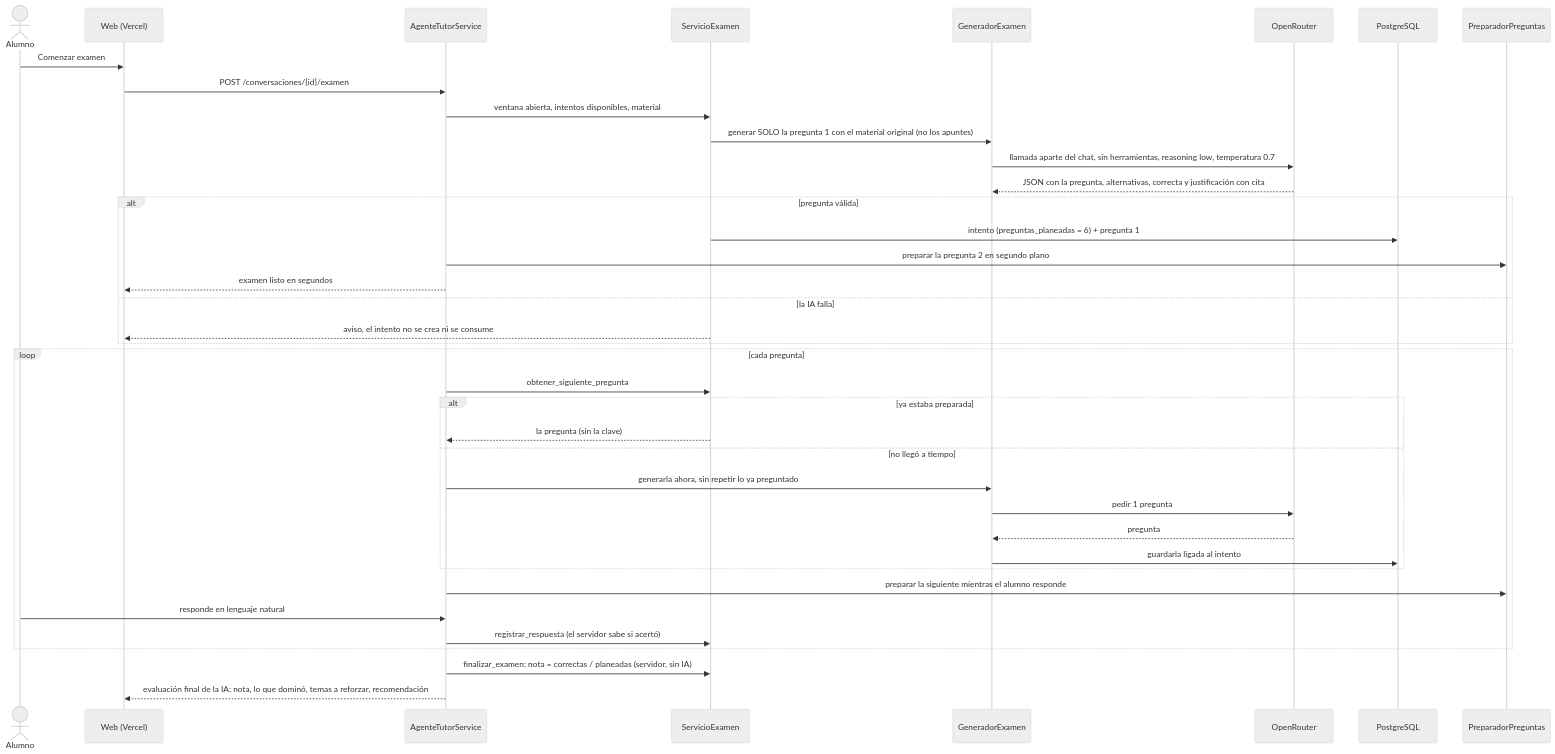
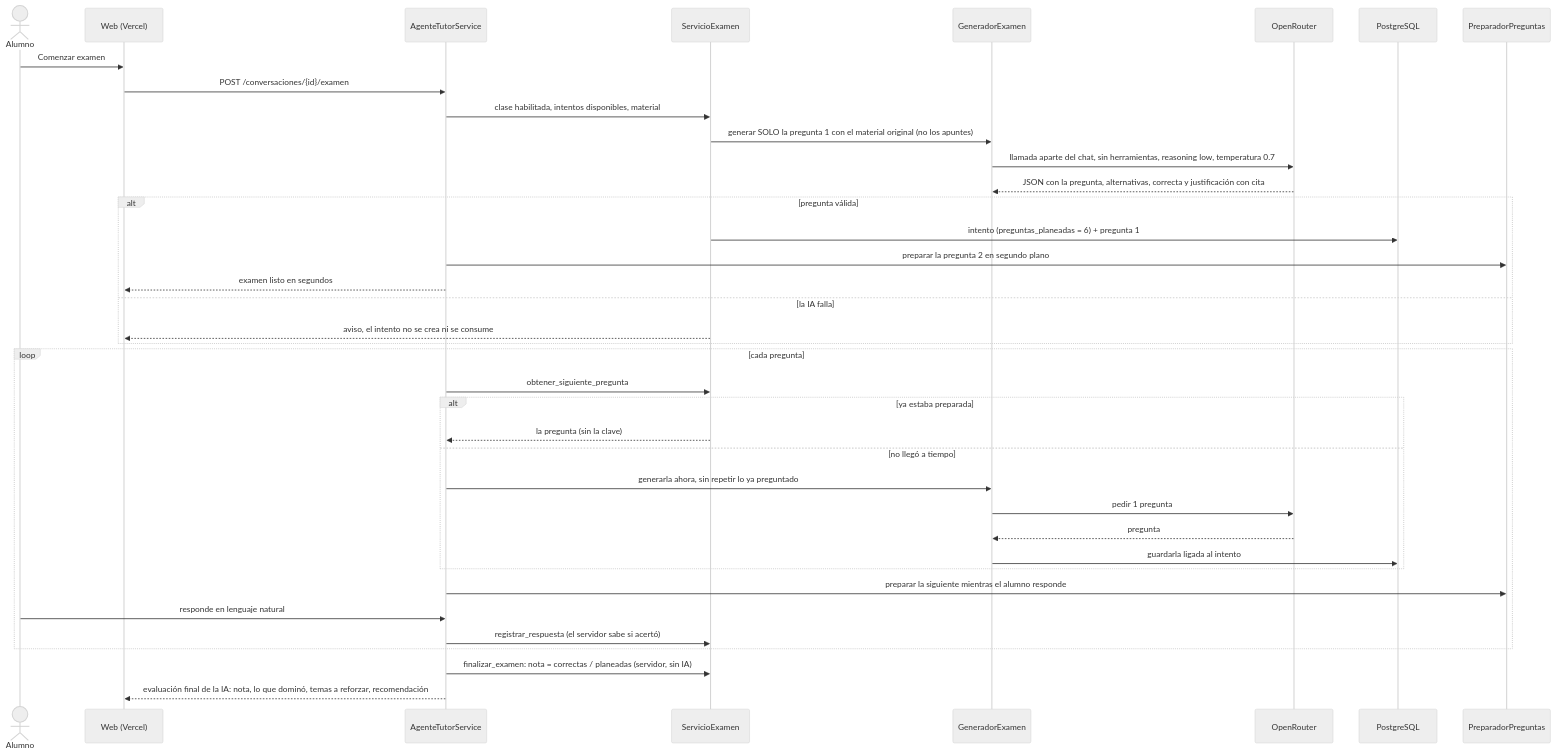
One commit to hideakiuchida/TutorPre changed the tenth of 13 diagrams in specs/SDD-Plataforma-Evaluacion-PreClase.md. Above: the diagram before and after it, drawn with Mermaid (neutral theme). The commit also changed other lines of this file and 40 other files, not shown here.

````diff
--- a/specs/SDD-Plataforma-Evaluacion-PreClase.md
+++ b/specs/SDD-Plataforma-Evaluacion-PreClase.md
@@ -827,42 +827,42 @@
 ```mermaid
 sequenceDiagram
     actor U as Alumno
     participant W as Web (Vercel)
     participant T as AgenteTutorService
     participant E as ServicioExamen
     participant G as GeneradorExamen
     participant O as OpenRouter
     participant D as PostgreSQL
 
     participant P as PreparadorPreguntas
 
     U->>W: Comenzar examen
     W->>T: POST /conversaciones/{id}/examen
-    T->>E: ventana abierta, intentos disponibles, material
+    T->>E: clase habilitada, intentos disponibles, material
     E->>G: generar SOLO la pregunta 1 con el material original (no los apuntes)
     G->>O: llamada aparte del chat, sin herramientas, reasoning low, temperatura 0.7
     O-->>G: JSON con la pregunta, alternativas, correcta y justificación con cita
     alt pregunta válida
         E->>D: intento (preguntas_planeadas = 6) + pregunta 1
         T->>P: preparar la pregunta 2 en segundo plano
         T-->>W: examen listo en segundos
     else la IA falla
         E-->>W: aviso, el intento no se crea ni se consume
     end
     loop cada pregunta
         T->>E: obtener_siguiente_pregunta
         alt ya estaba preparada
             E-->>T: la pregunta (sin la clave)
         else no llegó a tiempo
             T->>G: generarla ahora, sin repetir lo ya preguntado
             G->>O: pedir 1 pregunta
             O-->>G: pregunta
             G->>D: guardarla ligada al intento
         end
         T->>P: preparar la siguiente mientras el alumno responde
         U->>T: responde en lenguaje natural
         T->>E: registrar_respuesta (el servidor sabe si acertó)
     end
     T->>E: finalizar_examen: nota = correctas / planeadas (servidor, sin IA)
     T-->>W: evaluación final de la IA: nota, lo que dominó, temas a reforzar, recomendación
 ```
````
